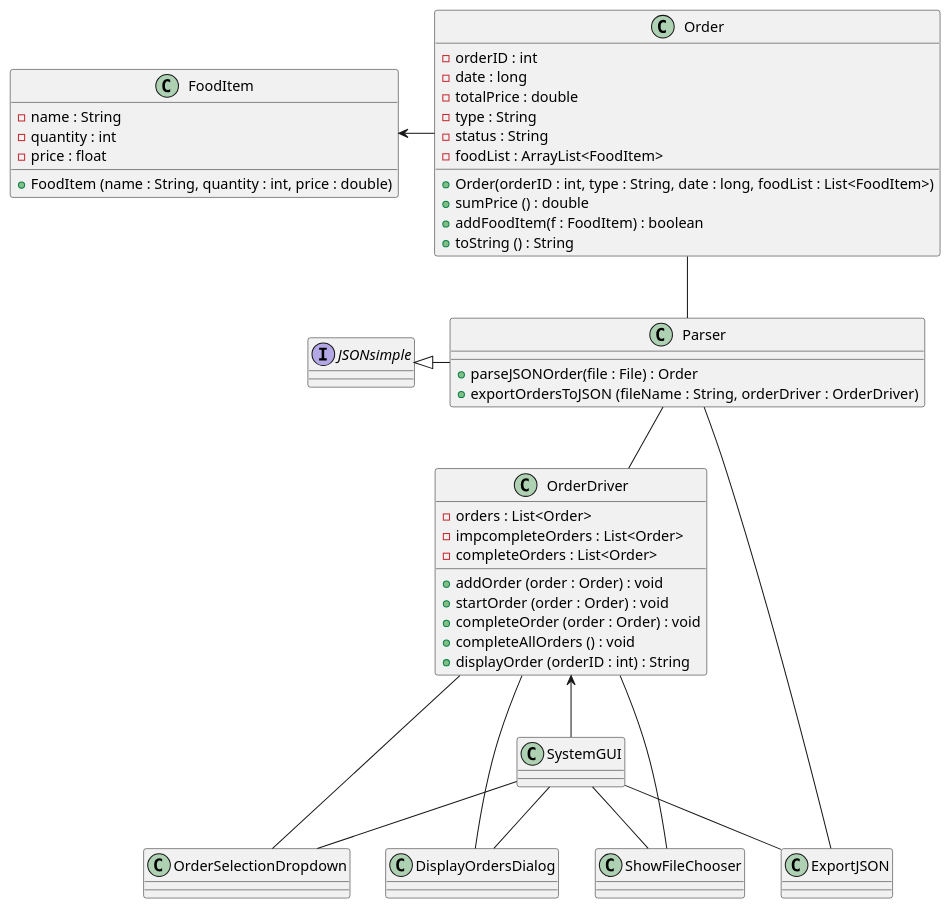
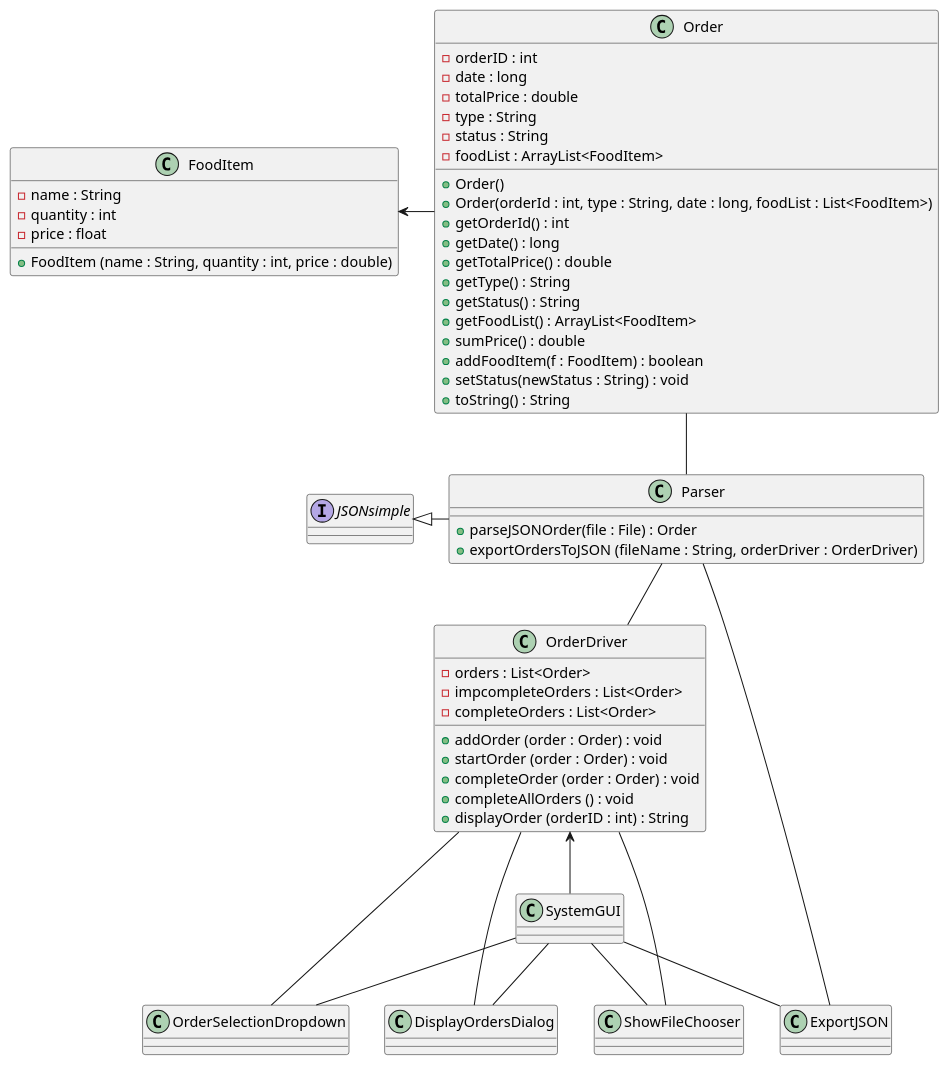
Before and after one commit to aidanmahl/372GroupProject: the diagram in code/src/main/java/Design/ClassUMLDiagram.puml, drawn with PlantUML.

```diff
--- a/code/src/main/java/Design/ClassUMLDiagram.puml
+++ b/code/src/main/java/Design/ClassUMLDiagram.puml
@@ -1,75 +1,87 @@
 @startuml
 'https://plantuml.com/class-diagram
 
 class Parser
 class FoodItem
 class Order
 class OrderDriver
 
 class SystemGUI
 class ShowFileChooser
 class DisplayOrdersDialog
 class ExportJSON
 class OrderSelectionDropdown
 
 interface JSONsimple
 
 
 JSONsimple <|- Parser
 Order -- Parser
 FoodItem <- Order
 Parser -- OrderDriver
 
 
 OrderDriver <-- SystemGUI
 OrderDriver -- ShowFileChooser
 OrderDriver -- DisplayOrdersDialog
 Parser -- ExportJSON
 OrderDriver -- OrderSelectionDropdown
 
 SystemGUI -- ShowFileChooser
 SystemGUI -- DisplayOrdersDialog
 SystemGUI -- ExportJSON
 SystemGUI -- OrderSelectionDropdown
 
 class FoodItem {
 - name : String
 - quantity : int
 - price : float
 
 + FoodItem (name : String, quantity : int, price : double)
 }
 
 class Order {
 - orderID : int
 - date : long
 - totalPrice : double
 - type : String
 - status : String
 - foodList : ArrayList<FoodItem>
 
-+ Order(orderID : int, type : String, date : long, foodList : List<FoodItem>)
-+ sumPrice () : double
++ Order()
++ Order(orderId : int, type : String, date : long, foodList : List<FoodItem>)
++ getOrderId() : int
++ getDate() : long
++ getTotalPrice() : double
++ getType() : String
++ getStatus() : String
++ getFoodList() : ArrayList<FoodItem>
++ sumPrice() : double
 + addFoodItem(f : FoodItem) : boolean
-+ toString () : String
++ setStatus(newStatus : String) : void
++ toString() : String
+'+ Order(orderID : int, type : String, date : long, foodList : List<FoodItem>)
+'+ sumPrice () : double
+'+ addFoodItem(f : FoodItem) : boolean
+'+ toString () : String
 }
 
 class Parser {
 + parseJSONOrder(file : File) : Order
 + exportOrdersToJSON (fileName : String, orderDriver : OrderDriver)
 }
 
 class OrderDriver {
 - orders : List<Order>
 - impcompleteOrders : List<Order>
 - completeOrders : List<Order>
 
 + addOrder (order : Order) : void
 + startOrder (order : Order) : void
 + completeOrder (order : Order) : void
 + completeAllOrders () : void
 + displayOrder (orderID : int) : String
 }
 
 
 @enduml
```
